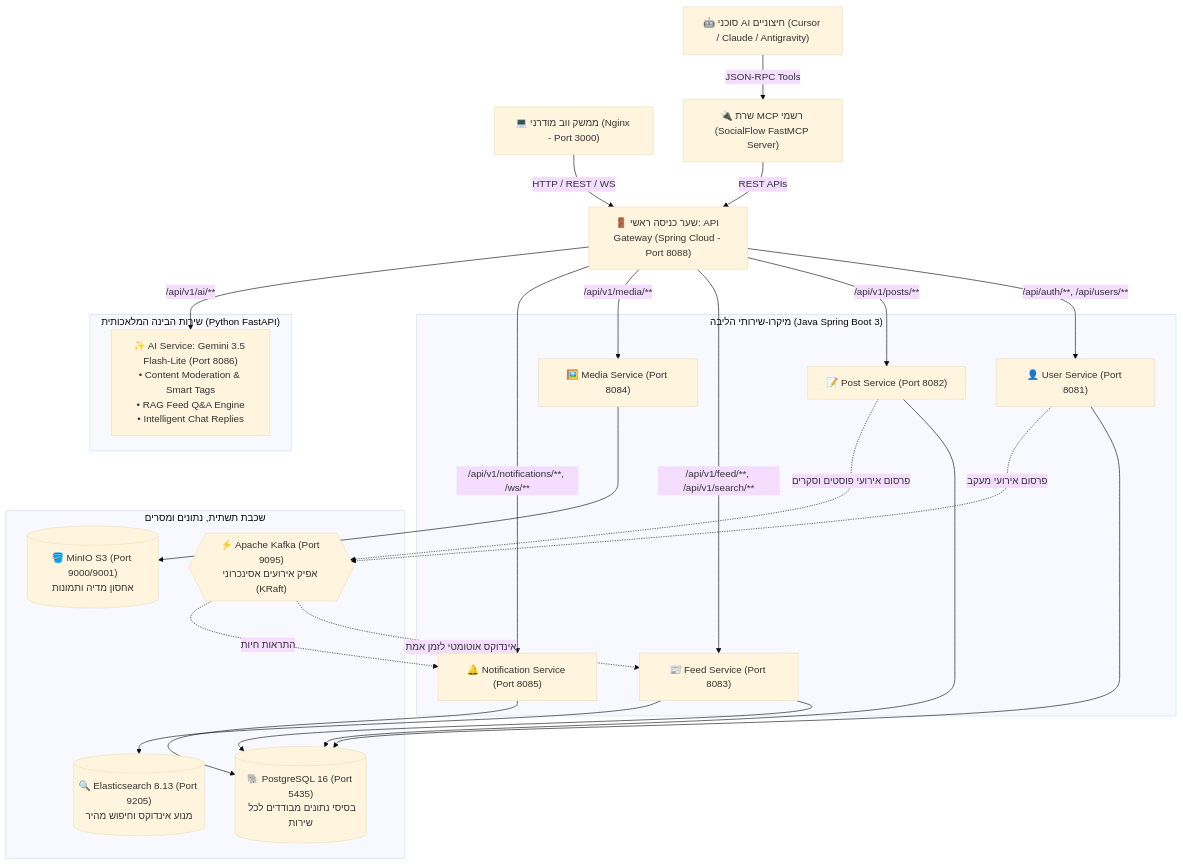
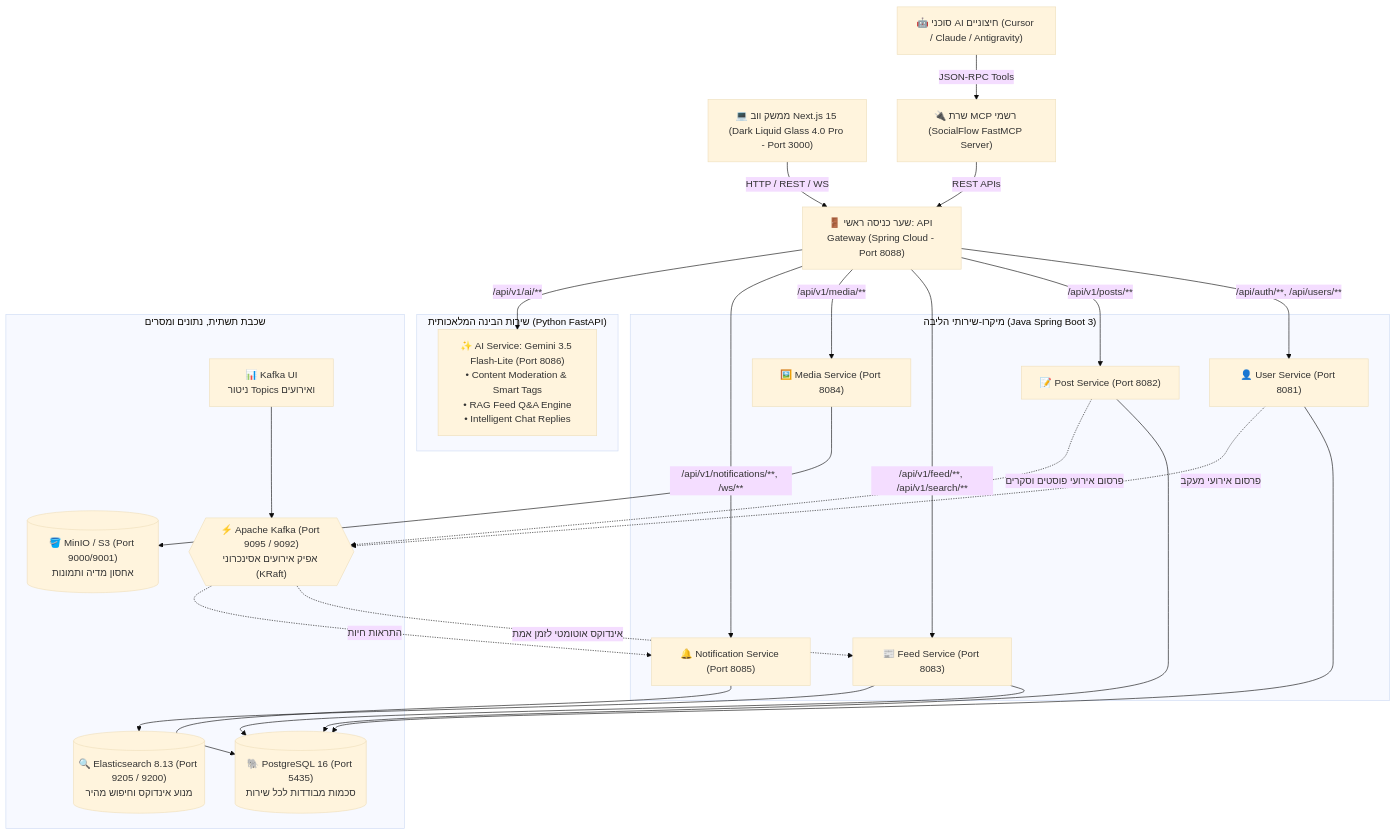
The diagram in README.md (IDAN2468D/Social_Flow), drawn with Mermaid (base theme) before and after one commit. The commit also changed other lines of this file, not shown here.

Commit message:
docs(readme): update README with Dark Liquid Glass 4.0 Pro, separated auth, Kafka and Elasticsearch on Render

````diff
--- a/README.md
+++ b/README.md
@@ -41,52 +44,54 @@
 ```mermaid
 flowchart TD
-    Client["💻 ממשק ווב מודרני (Nginx - Port 3000)"]
+    Client["💻 ממשק ווב Next.js 15 (Dark Liquid Glass 4.0 Pro - Port 3000)"]
     Agents["🤖 סוכני AI חיצוניים (Cursor / Claude / Antigravity)"]
 
     Gateway["🚪 שער כניסה ראשי: API Gateway (Spring Cloud - Port 8088)"]
     MCPServer["🔌 שרת MCP רשמי (SocialFlow FastMCP Server)"]
 
     Client -->|HTTP / REST / WS| Gateway
     Agents -->|JSON-RPC Tools| MCPServer
     MCPServer -->|REST APIs| Gateway
 
     subgraph Core_Services ["מיקרו-שירותי הליבה (Java Spring Boot 3)"]
         UserService["👤 User Service (Port 8081)"]
         PostService["📝 Post Service (Port 8082)"]
         FeedService["📰 Feed Service (Port 8083)"]
         MediaService["🖼️ Media Service (Port 8084)"]
         NotifService["🔔 Notification Service (Port 8085)"]
     end
 
     subgraph AI_Intelligence ["שירות הבינה המלאכותית (Python FastAPI)"]
         AIService["✨ AI Service: Gemini 3.5 Flash-Lite (Port 8086)\n• Content Moderation & Smart Tags\n• RAG Feed Q&A Engine\n• Intelligent Chat Replies"]
     end
 
     Gateway -->|/api/auth/**, /api/users/**| UserService
     Gateway -->|/api/v1/posts/**| PostService
     Gateway -->|/api/v1/feed/**, /api/v1/search/**| FeedService
     Gateway -->|/api/v1/media/**| MediaService
     Gateway -->|/api/v1/notifications/**, /ws/**| NotifService
     Gateway -->|/api/v1/ai/**| AIService
 
     subgraph Storage_and_Bus ["שכבת תשתית, נתונים ומסרים"]
-        Postgres[("🐘 PostgreSQL 16 (Port 5435)\nבסיסי נתונים מבודדים לכל שירות")]
-        Kafka{{"⚡ Apache Kafka (Port 9095)\nאפיק אירועים אסינכרוני (KRaft)"}}
-        Elastic[("🔍 Elasticsearch 8.13 (Port 9205)\nמנוע אינדוקס וחיפוש מהיר")]
-        MinIO[("🪣 MinIO S3 (Port 9000/9001)\nאחסון מדיה ותמונות")]
+        Postgres[("🐘 PostgreSQL 16 (Port 5435)\nסכמות מבודדות לכל שירות")]
+        Kafka{{"⚡ Apache Kafka (Port 9095 / 9092)\nאפיק אירועים אסינכרוני (KRaft)"}}
+        KafkaUI["📊 Kafka UI\nניטור Topics ואירועים"]
+        Elastic[("🔍 Elasticsearch 8.13 (Port 9205 / 9200)\nמנוע אינדוקס וחיפוש מהיר")]
+        MinIO[("🪣 MinIO / S3 (Port 9000/9001)\nאחסון מדיה ותמונות")]
     end
 
     UserService --> Postgres
     PostService --> Postgres
     FeedService --> Postgres
     NotifService --> Postgres
 
     MediaService --> MinIO
     PostService -.->|פרסום אירועי פוסטים וסקרים| Kafka
     UserService -.->|פרסום אירועי מעקב| Kafka
 
     Kafka -.->|אינדוקס אוטומטי לזמן אמת| FeedService
     Kafka -.->|התראות חיות| NotifService
+    KafkaUI --> Kafka
 
     FeedService --> Elastic
 ```
````
